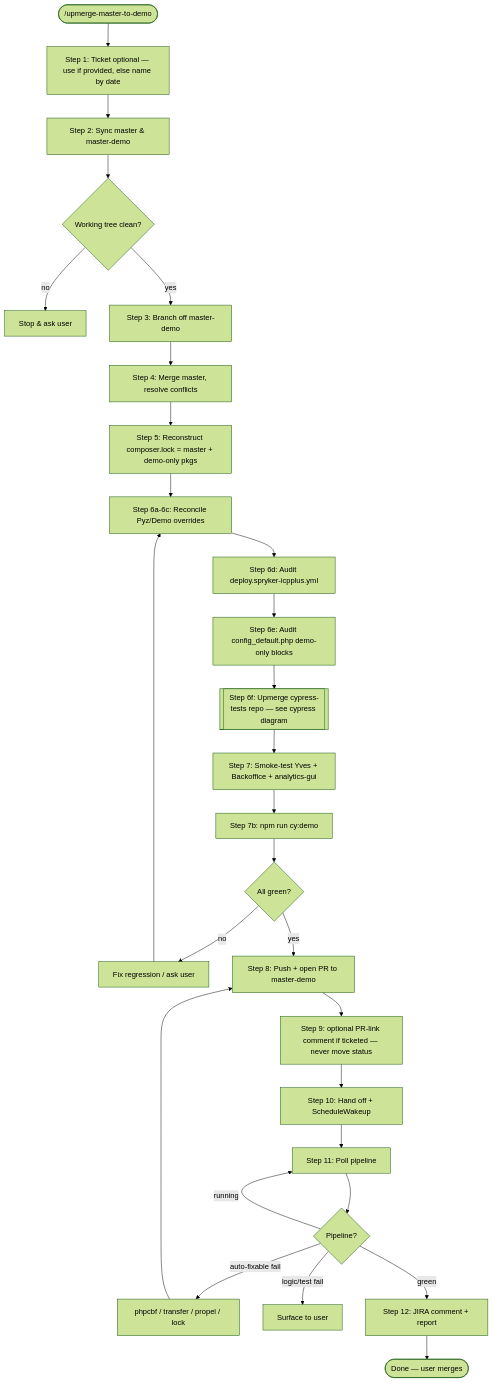
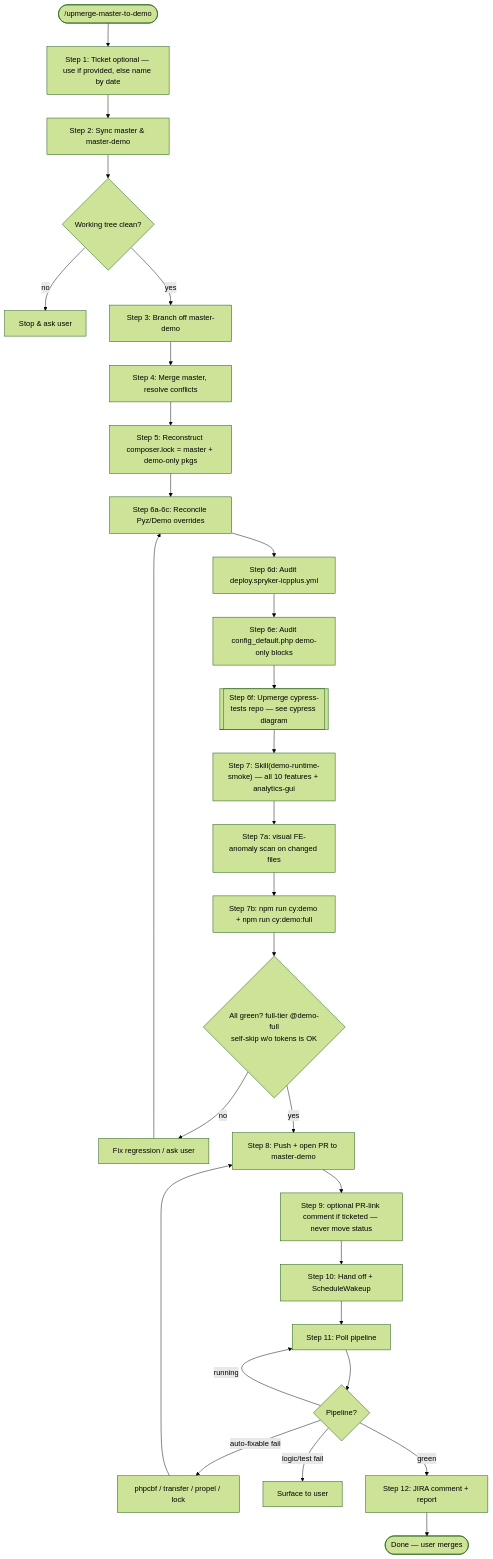
The first of 2 diagrams in .claude/skills/upmerge-master-to-demo/README.md (spryker-shop/b2b-demo-marketplace), drawn with Mermaid (forest theme) before and after one commit. The commit also changed other lines of this file and 6 other files, not shown here.

First line of the commit message:
CC-39512: add runtime feature smoke test for live AI Commerce checks

````diff
--- a/.claude/skills/upmerge-master-to-demo/README.md
+++ b/.claude/skills/upmerge-master-to-demo/README.md
@@ -54,30 +55,31 @@
 ```mermaid
 flowchart TD
     A([/upmerge-master-to-demo]) --> B[Step 1: Ticket optional — use if provided, else name by date]
     B --> C[Step 2: Sync master & master-demo]
     C --> D{Working tree clean?}
     D -- no --> Dx[Stop & ask user]
     D -- yes --> E[Step 3: Branch off master-demo]
     E --> F[Step 4: Merge master, resolve conflicts]
     F --> G[Step 5: Reconstruct composer.lock = master + demo-only pkgs]
 
     G --> H[Step 6a-6c: Reconcile Pyz/Demo overrides ]
     H --> I[Step 6d: Audit deploy.spryker-icpplus.yml]
     I --> J[Step 6e: Audit config_default.php demo-only blocks]
     J --> K[[Step 6f: Upmerge cypress-tests repo — see cypress diagram]]
 
-    K --> L[Step 7: Smoke-test Yves + Backoffice + analytics-gui]
-    L --> M[Step 7b: npm run cy:demo]
-    M --> N{All green?}
+    K --> L["Step 7: Skill(demo-runtime-smoke) — all 10 features + analytics-gui"]
+    L --> La[Step 7a: visual FE-anomaly scan on changed files]
+    La --> M[Step 7b: npm run cy:demo + npm run cy:demo:full]
+    M --> N{All green? full-tier @demo-full<br/>self-skip w/o tokens is OK}
     N -- no --> Nx[Fix regression / ask user] --> H
     N -- yes --> O[Step 8: Push + open PR to master-demo]
     O --> P[Step 9: optional PR-link comment if ticketed — never move status]
     P --> Q[Step 10: Hand off + ScheduleWakeup]
     Q --> R[Step 11: Poll pipeline]
     R --> S{Pipeline?}
     S -- running --> R
     S -- auto-fixable fail --> T[phpcbf / transfer / propel / lock] --> O
     S -- logic/test fail --> Tx[Surface to user]
     S -- green --> U[Step 12: JIRA comment + report]
     U --> V([Done — user merges])
 ```
````
